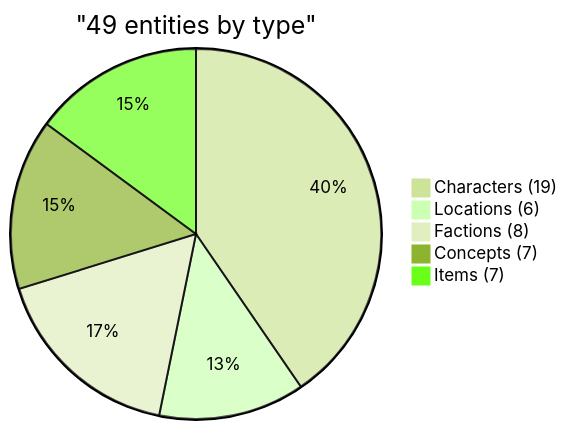
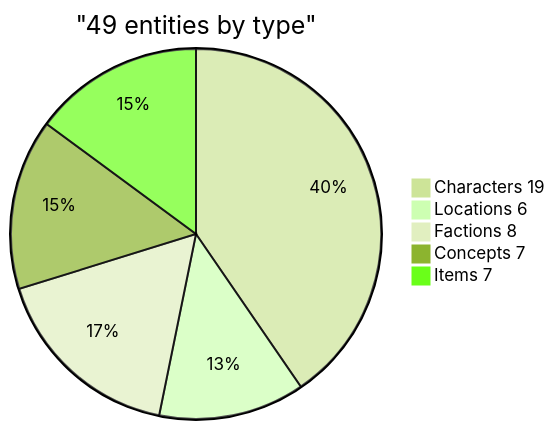
One commit to RPP1011/quest_game changed the sixth of 7 diagrams in docs/technical-report-2026-04-15-16.md. Above: the diagram before and after it, drawn with Mermaid (forest theme). The commit also changed other lines of this file, not shown here.

First line of the commit message:
docs: rewrite technical report — strip debugging, focus on architecture

```diff
--- a/docs/technical-report-2026-04-15-16.md
+++ b/docs/technical-report-2026-04-15-16.md
@@ -338,8 +269,8 @@
 <pre class="mermaid" markdown="0">
 pie title "49 entities by type"
-    "Characters (19)" : 19
-    "Locations (6)" : 6
-    "Factions (8)" : 8
-    "Concepts (7)" : 7
-    "Items (7)" : 7
+    "Characters 19" : 19
+    "Locations 6" : 6
+    "Factions 8" : 8
+    "Concepts 7" : 7
+    "Items 7" : 7
 </pre>
```
